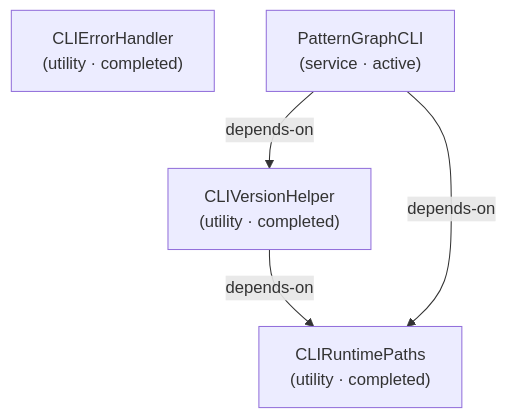
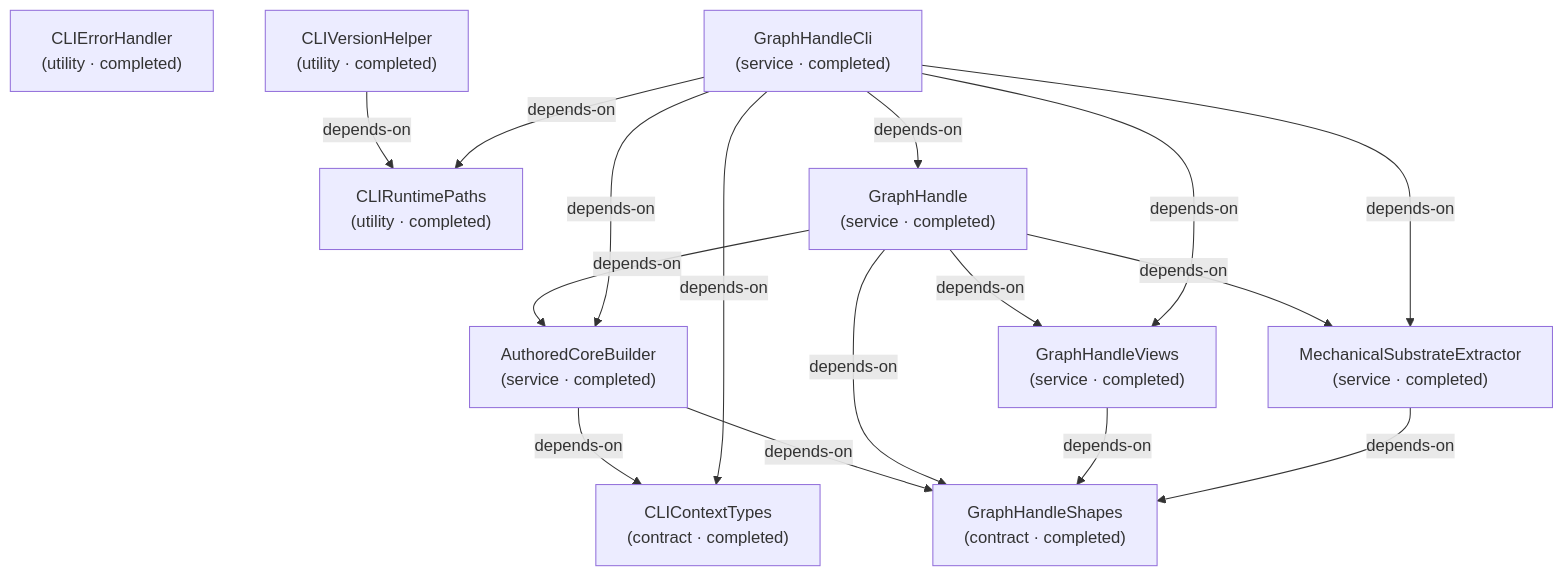
The second of 7 diagrams in docs-live/design-review/by-package.md (libar-dev/architect), drawn with Mermaid before and after one commit. The commit also changed other lines of this file and 21 other files, not shown here.

First line of the commit message:
docs(live): regenerate docs-live from the reshaped graph

````diff
--- a/docs-live/design-review/by-package.md
+++ b/docs-live/design-review/by-package.md
@@ -40,10 +42,28 @@
 ```mermaid
 graph TD
+  authoredcorebuilder["AuthoredCoreBuilder<br/>(service · completed)"]
+  clicontexttypes["CLIContextTypes<br/>(contract · completed)"]
   clierrorhandler["CLIErrorHandler<br/>(utility · completed)"]
   cliruntimepaths["CLIRuntimePaths<br/>(utility · completed)"]
   cliversionhelper["CLIVersionHelper<br/>(utility · completed)"]
-  patterngraphcli["PatternGraphCLI<br/>(service · active)"]
+  graphhandle["GraphHandle<br/>(service · completed)"]
+  graphhandlecli["GraphHandleCli<br/>(service · completed)"]
+  graphhandleshapes["GraphHandleShapes<br/>(contract · completed)"]
+  graphhandleviews["GraphHandleViews<br/>(service · completed)"]
+  mechanicalsubstrateextractor["MechanicalSubstrateExtractor<br/>(service · completed)"]
+  authoredcorebuilder -->|depends-on| clicontexttypes
+  authoredcorebuilder -->|depends-on| graphhandleshapes
   cliversionhelper -->|depends-on| cliruntimepaths
-  patterngraphcli -->|depends-on| cliruntimepaths
-  patterngraphcli -->|depends-on| cliversionhelper
+  graphhandle -->|depends-on| authoredcorebuilder
+  graphhandle -->|depends-on| graphhandleshapes
+  graphhandle -->|depends-on| graphhandleviews
+  graphhandle -->|depends-on| mechanicalsubstrateextractor
+  graphhandlecli -->|depends-on| authoredcorebuilder
+  graphhandlecli -->|depends-on| clicontexttypes
+  graphhandlecli -->|depends-on| cliruntimepaths
+  graphhandlecli -->|depends-on| graphhandle
+  graphhandlecli -->|depends-on| graphhandleviews
+  graphhandlecli -->|depends-on| mechanicalsubstrateextractor
+  graphhandleviews -->|depends-on| graphhandleshapes
+  mechanicalsubstrateextractor -->|depends-on| graphhandleshapes
 ```
````
